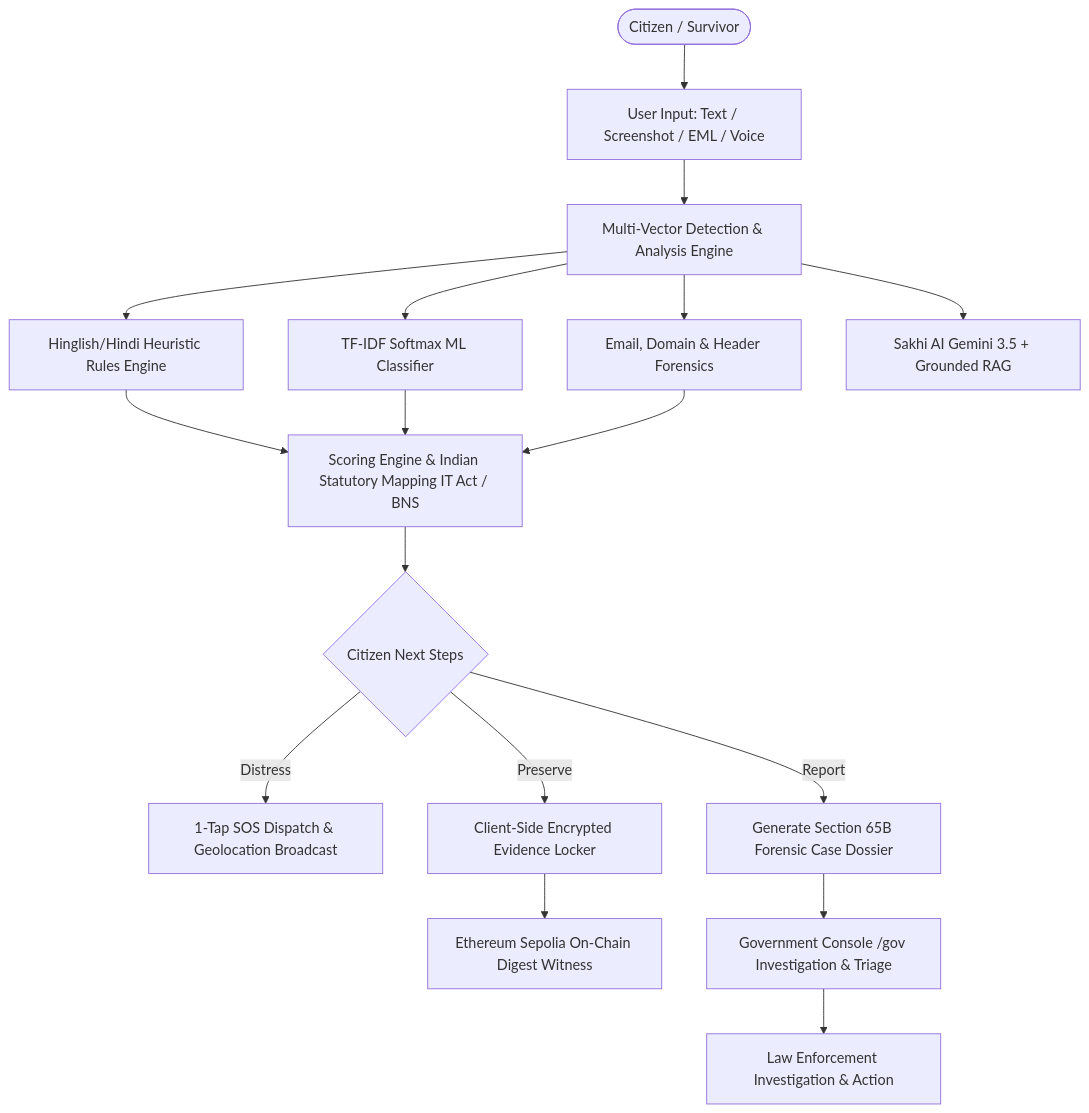
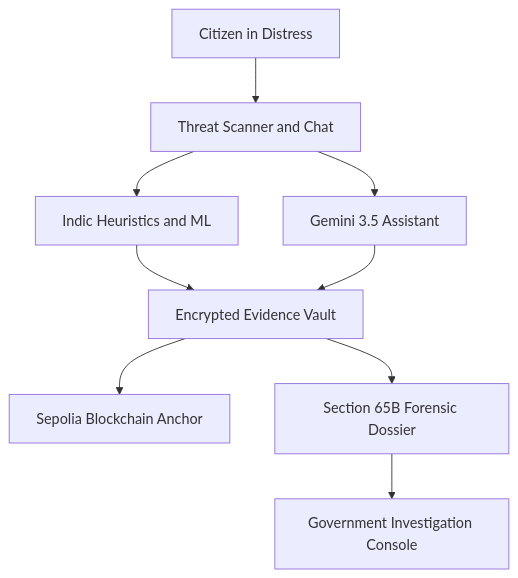
The second of 9 diagrams in README.md (sambhav-coder/cyber-sakhi), drawn with Mermaid before and after one commit. The commit also changed other lines of this file and 1 other file, not shown here.

Commit message:
Update README and Cyber Sakhi logo

````diff
--- a/README.md
+++ b/README.md
@@ -63,20 +42,11 @@
 ```mermaid
 flowchart TD
-    User([Citizen / Survivor]) --> Input[User Input: Text / Screenshot / EML / Voice]
-    Input --> Detector[Multi-Vector Detection & Analysis Engine]
-    Detector --> Engine[Hinglish/Hindi Heuristic Rules Engine]
-    Detector --> MLEmail[TF-IDF Softmax ML Classifier]
-    Detector --> Forensics[Email, Domain & Header Forensics]
-    Detector --> GeminiAI[Sakhi AI Gemini 3.5 + Grounded RAG]
-    
-    Engine & MLEmail & Forensics --> Assessment[Scoring Engine & Indian Statutory Mapping IT Act / BNS]
-    Assessment --> Actions{Citizen Next Steps}
-    
-    Actions -->|Distress| SOS[1-Tap SOS Dispatch & Geolocation Broadcast]
-    Actions -->|Preserve| Locker[Client-Side Encrypted Evidence Locker]
-    Locker --> Anchor[Ethereum Sepolia On-Chain Digest Witness]
-    
-    Actions -->|Report| CaseGen[Generate Section 65B Forensic Case Dossier]
-    CaseGen --> GovConsole[Government Console /gov Investigation & Triage]
-    GovConsole --> Officer[Law Enforcement Investigation & Action]
+    Citizen[Citizen in Distress] --> Scanner[Threat Scanner and Chat]
+    Scanner --> Rules[Indic Heuristics and ML]
+    Scanner --> AI[Gemini 3.5 Assistant]
+    Rules --> Vault[Encrypted Evidence Vault]
+    AI --> Vault
+    Vault --> Chain[Sepolia Blockchain Anchor]
+    Vault --> CaseFile[Section 65B Forensic Dossier]
+    CaseFile --> Portal[Government Investigation Console]
 ```
````
